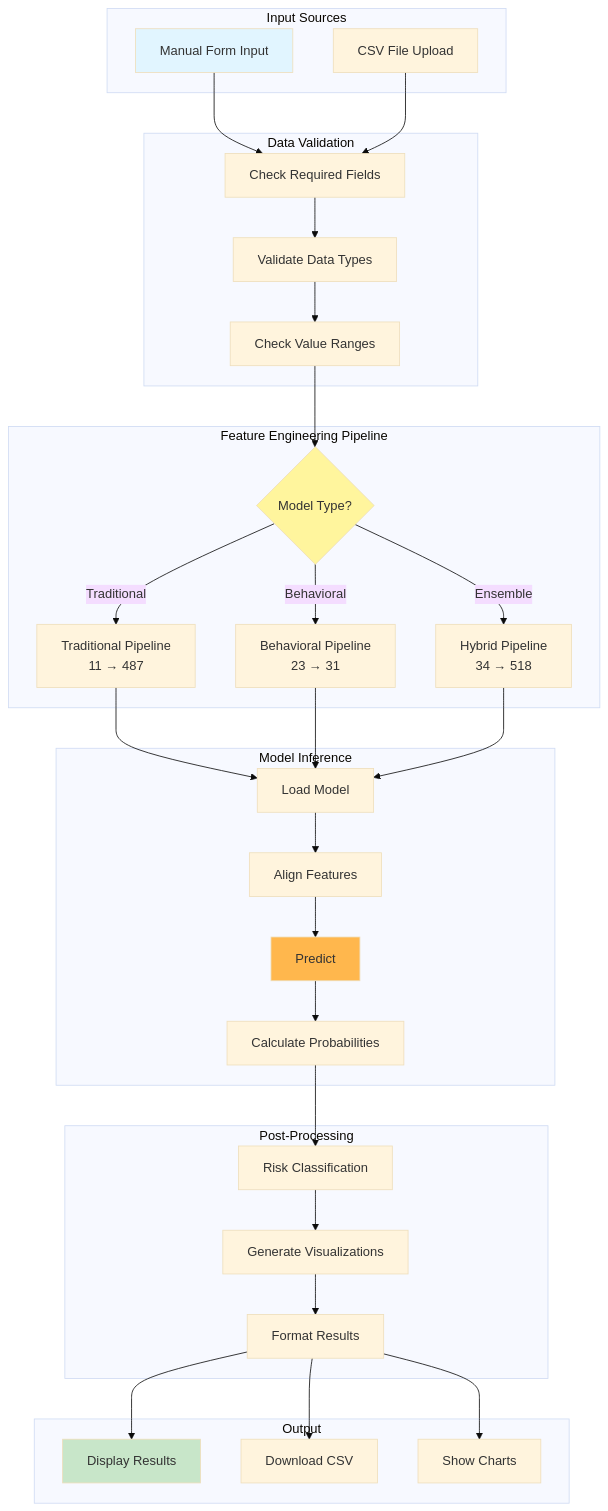
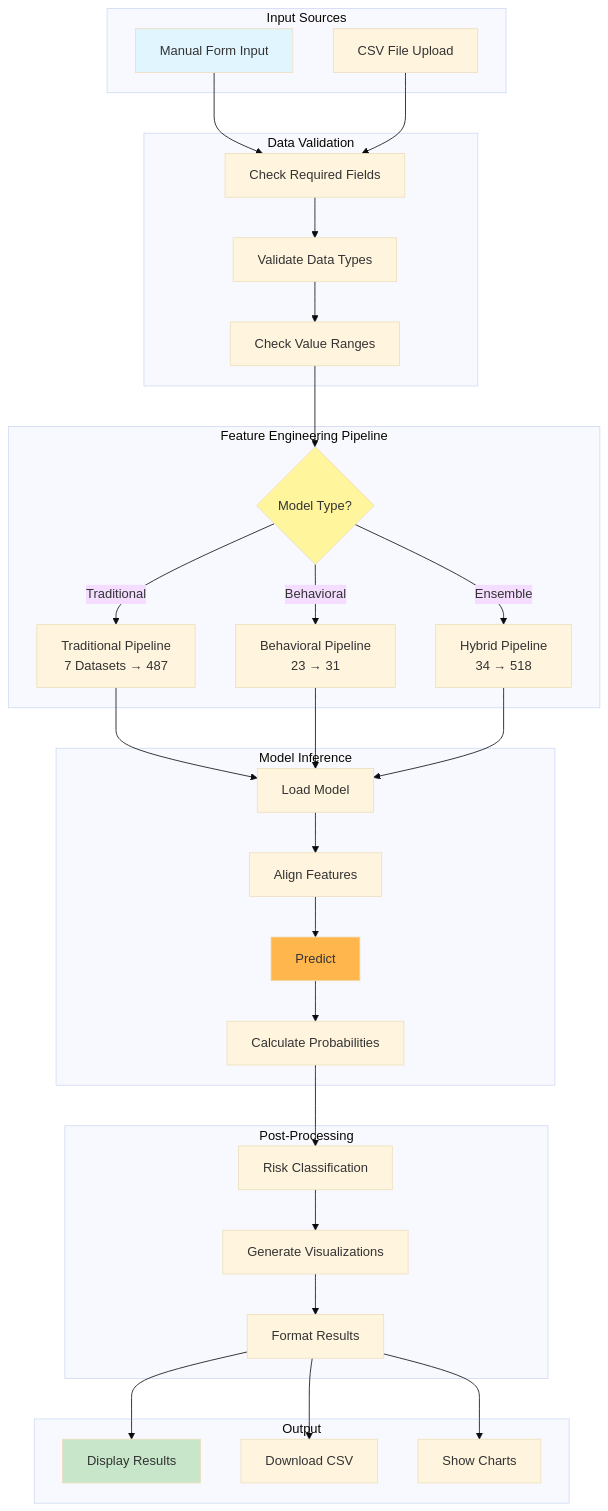
Diagram 18 of 22 in MODEL_ARCHITECTURE_FLOWCHART.md (walterzenia/A-smart-Loan-default-hybrid-system), drawn with Mermaid (base theme) before and after one commit. The commit also changed other lines of this file and 9 other files, not shown here.

Commit message:
Fix documentation: Correct Traditional model (487 features from 7 datasets) and Behavioral model (44 features: 23 base + 21 engineered) feature counts across all documentation files

````diff
--- a/MODEL_ARCHITECTURE_FLOWCHART.md
+++ b/MODEL_ARCHITECTURE_FLOWCHART.md
@@ -795,70 +795,70 @@
 ```mermaid
 graph TB
     subgraph "Input Sources"
         I1[Manual Form Input]
         I2[CSV File Upload]
     end
 
     subgraph "Data Validation"
         V1[Check Required Fields]
         V2[Validate Data Types]
         V3[Check Value Ranges]
     end
 
     subgraph "Feature Engineering Pipeline"
         FE1{Model Type?}
-        FE2[Traditional Pipeline<br/>11 → 487]
+        FE2[Traditional Pipeline<br/>7 Datasets → 487]
         FE3[Behavioral Pipeline<br/>23 → 31]
         FE4[Hybrid Pipeline<br/>34 → 518]
     end
 
     subgraph "Model Inference"
         M1[Load Model]
         M2[Align Features]
         M3[Predict]
         M4[Calculate Probabilities]
     end
 
     subgraph "Post-Processing"
         P1[Risk Classification]
         P2[Generate Visualizations]
         P3[Format Results]
     end
 
     subgraph "Output"
         O1[Display Results]
         O2[Download CSV]
         O3[Show Charts]
     end
 
     I1 --> V1
     I2 --> V1
     V1 --> V2
     V2 --> V3
     V3 --> FE1
 
     FE1 -->|Traditional| FE2
     FE1 -->|Behavioral| FE3
     FE1 -->|Ensemble| FE4
 
     FE2 --> M1
     FE3 --> M1
     FE4 --> M1
 
     M1 --> M2
     M2 --> M3
     M3 --> M4
 
     M4 --> P1
     P1 --> P2
     P2 --> P3
 
     P3 --> O1
     P3 --> O2
     P3 --> O3
 
     style I1 fill:#e1f5ff
     style FE1 fill:#fff59d
     style M3 fill:#ffb74d
     style O1 fill:#c8e6c9
 ```
````
